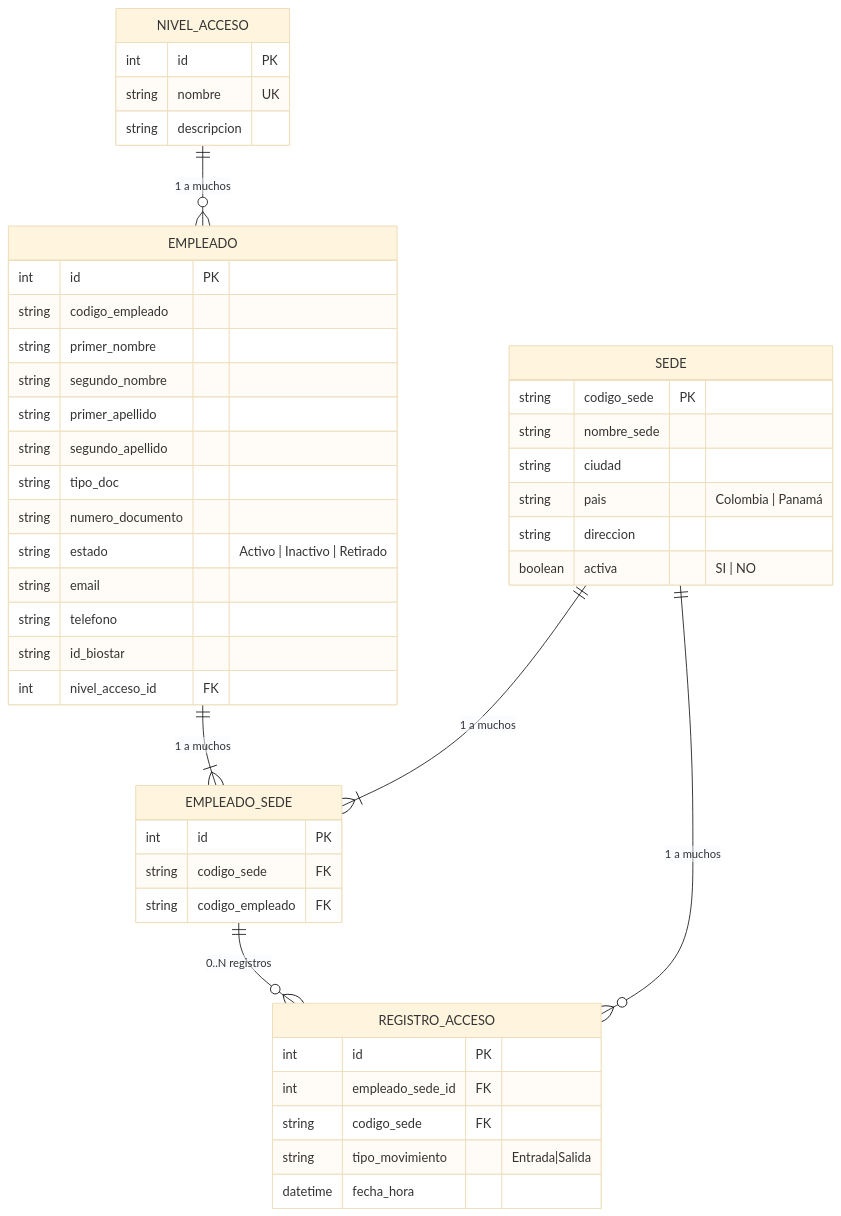
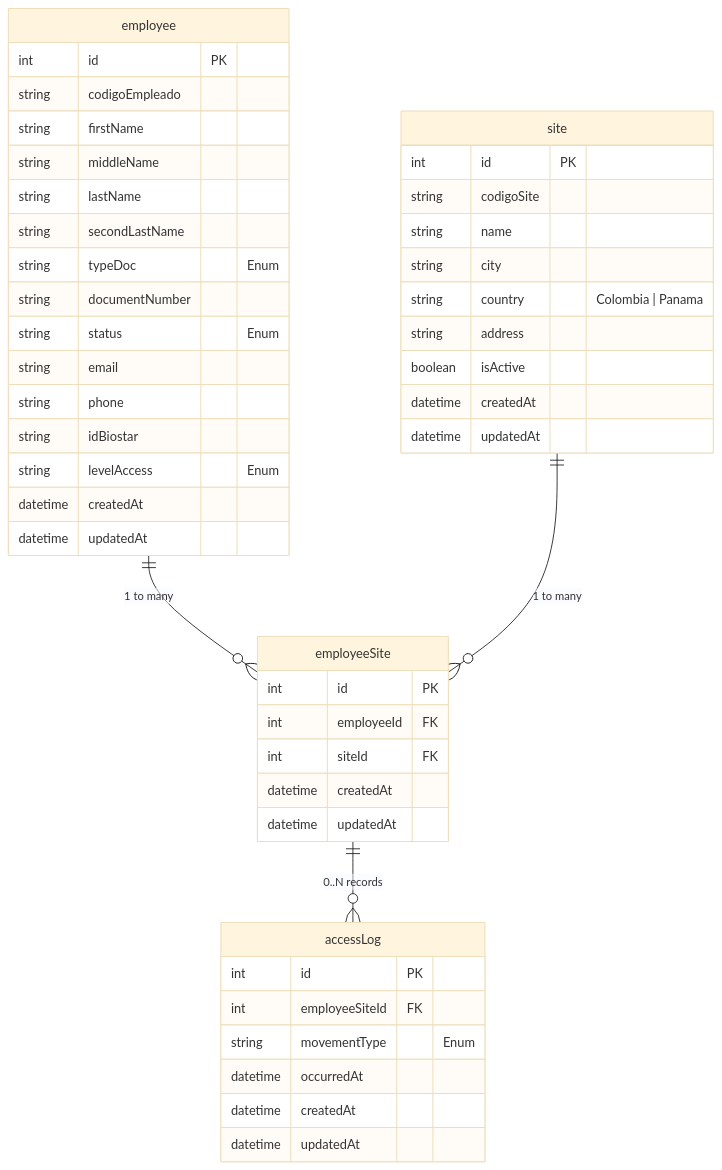
Before and after one commit to Jhonayker0/PruebaTecnica_BancoAndino: the diagram in docs/ERD.md, drawn with Mermaid (base theme). The commit also changed other lines of this file and 3 other files, not shown here.

Commit message:
Actualización del diagrama entidad-relación y requisitos. Se mejoró la nomenclatura de tablas y campos, se añadieron nuevas entidades y se clarificaron las decisiones de modelado.

````diff
--- a/docs/ERD.md
+++ b/docs/ERD.md
@@ -3,54 +3,54 @@
 ```mermaid
 erDiagram
 
-    SEDE {
-        string codigo_sede PK
-        string nombre_sede
-        string ciudad
-        string pais "Colombia | Panamá"
-        string direccion
-        boolean activa  "SI | NO"
+    site {
+        int id PK
+        string codigoSite
+        string name
+        string city
+        string country "Colombia | Panama"
+        string address
+        boolean isActive
+        datetime createdAt
+        datetime updatedAt
     }
 
-    NIVEL_ACCESO {
+    employee {
         int id PK
-        string nombre UK
-        string descripcion
+        string codigoEmpleado
+        string firstName
+        string middleName
+        string lastName
+        string secondLastName
+        string typeDoc "Enum"
+        string documentNumber
+        string status "Enum"
+        string email
+        string phone
+        string idBiostar
+        string levelAccess "Enum"
+        datetime createdAt
+        datetime updatedAt
     }
 
-    EMPLEADO {
+    employeeSite {
         int id PK
-        string codigo_empleado
-        string primer_nombre
-        string segundo_nombre
-        string primer_apellido
-        string segundo_apellido
-        string tipo_doc
-        string numero_documento
-        string estado "Activo | Inactivo | Retirado"
-        string email
-        string telefono
-        string id_biostar
-        int nivel_acceso_id FK
+        int employeeId FK
+        int siteId FK
+        datetime createdAt
+        datetime updatedAt
     }
 
-    EMPLEADO_SEDE {
+    accessLog {
         int id PK
-        string codigo_sede FK
-        string codigo_empleado FK
+        int employeeSiteId FK
+        string movementType "Enum"
+        datetime occurredAt
+        datetime createdAt
+        datetime updatedAt
     }
 
-    REGISTRO_ACCESO {
-        int id PK
-        int empleado_sede_id FK
-        string codigo_sede FK
-        string tipo_movimiento "Entrada|Salida"
-        datetime fecha_hora
-    }
-
-    NIVEL_ACCESO ||--o{ EMPLEADO : "1 a muchos"
-    EMPLEADO ||--|{ EMPLEADO_SEDE : "1 a muchos"
-    SEDE ||--|{ EMPLEADO_SEDE : "1 a muchos"
-    EMPLEADO_SEDE ||--o{ REGISTRO_ACCESO : "0..N registros"
-    SEDE ||--o{ REGISTRO_ACCESO : "1 a muchos"
+    employee ||--o{ employeeSite : "1 to many"
+    site ||--o{ employeeSite : "1 to many"
+    employeeSite ||--o{ accessLog : "0..N records"
 ```
````
